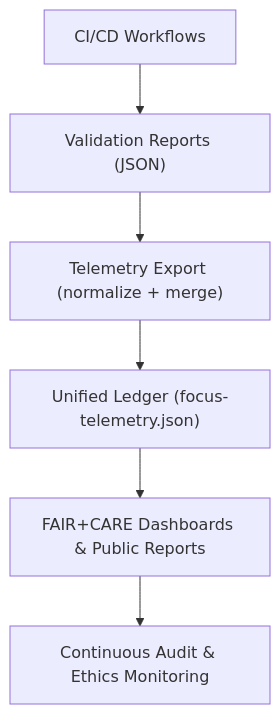
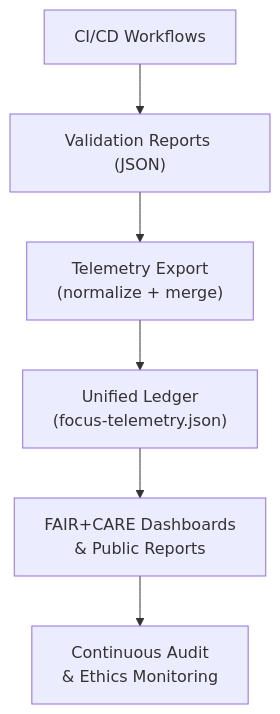
Before and after one commit to bartytime4life/Kansas-Frontier-Matrix: the first of 2 diagrams in docs/telemetry/README.md, drawn with Mermaid. The commit also changed other lines of this file, not shown here.

````diff
--- a/docs/telemetry/README.md
+++ b/docs/telemetry/README.md
@@ -77,8 +120,8 @@
-```mermaid
+~~~mermaid
 flowchart TD
   A["CI/CD Workflows"] --> B["Validation Reports (JSON)"]
-  B --> C["Telemetry Export (normalize + merge)"]
-  C --> D["Unified Ledger (focus-telemetry.json)"]
-  D --> E["FAIR+CARE Dashboards & Public Reports"]
-  E --> F["Continuous Audit & Ethics Monitoring"]
-```
+  B --> C["Telemetry Export\n(normalize + merge)"]
+  C --> D["Unified Ledger\n(focus-telemetry.json)"]
+  D --> E["FAIR+CARE Dashboards\n& Public Reports"]
+  E --> F["Continuous Audit\n& Ethics Monitoring"]
+~~~
````
